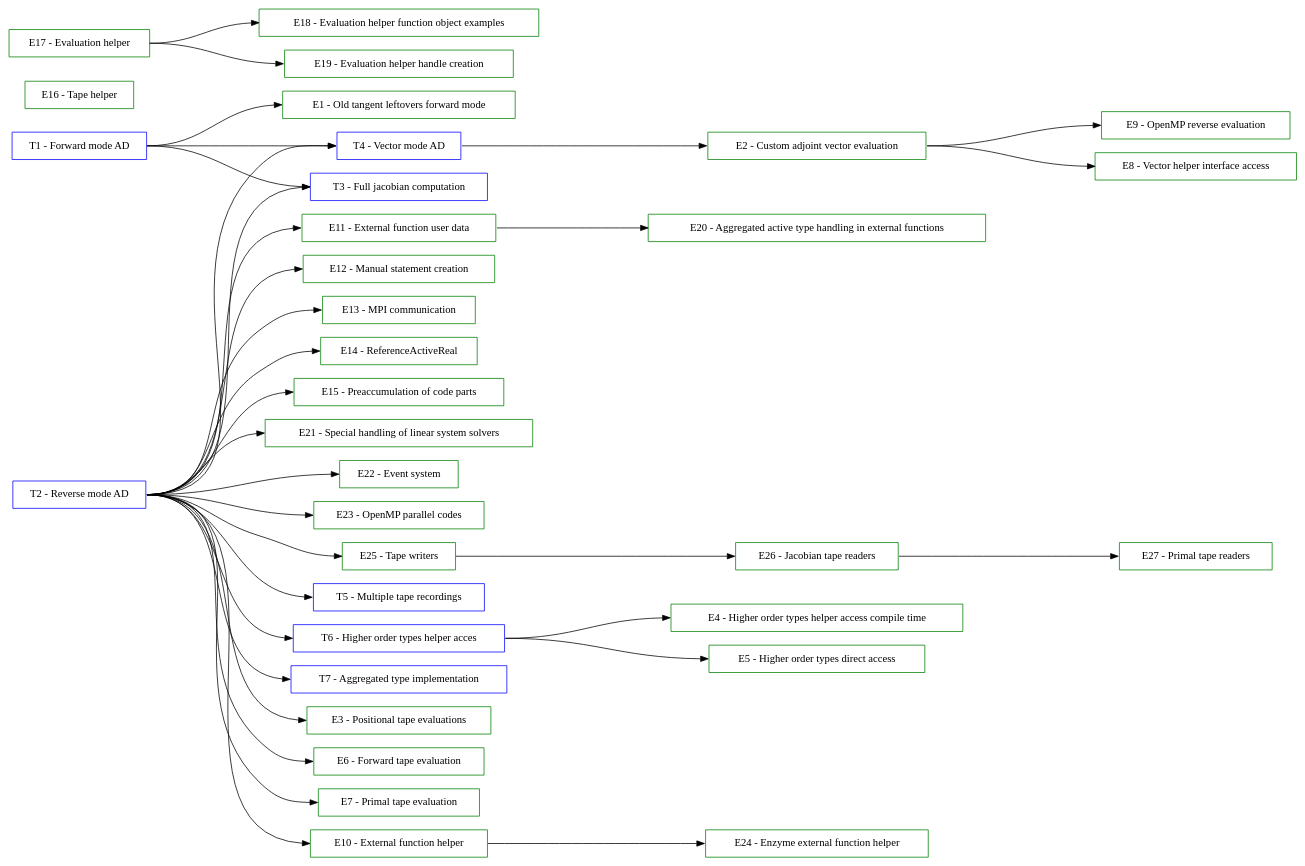
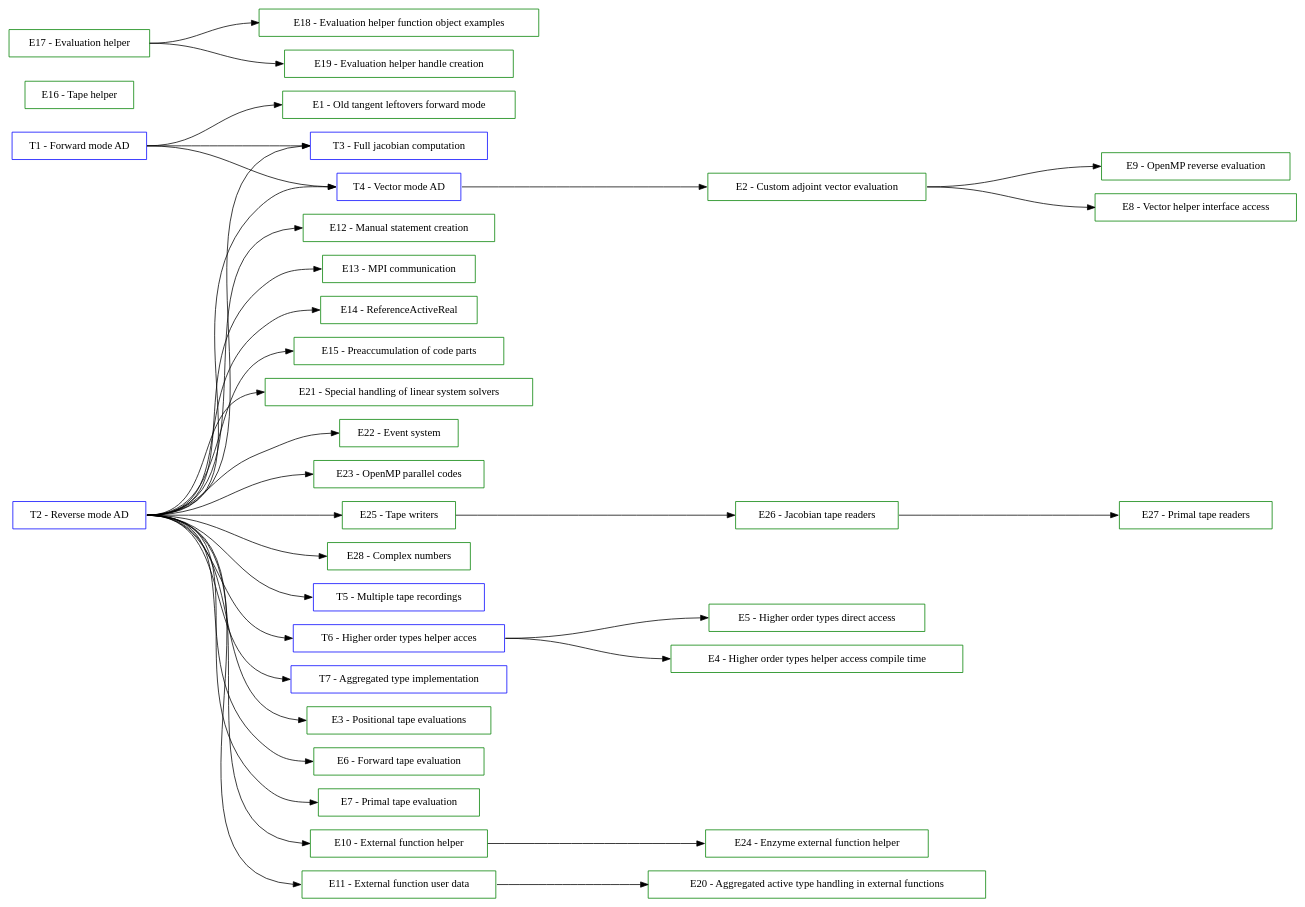
The diagram in documentation/user/TutorialsGraph.dot (SciCompKL/CoDiPack), drawn with Graphviz before and after one commit. The commit also changed 5 other files, not shown here.

```diff
--- a/documentation/user/TutorialsGraph.dot
+++ b/documentation/user/TutorialsGraph.dot
@@ -1,110 +1,113 @@
 digraph Tutorials {
   rankdir=LR;
   ranksep=2;
 
   // Tutorial nodes
   node [shape=box color=blue];
   T01 [label="T1 - Forward mode AD"];
 
   T02 [label="T2 - Reverse mode AD"];
 
   T03 [label="T3 - Full jacobian computation"];
 
   T04 [label="T4 - Vector mode AD"];
 
   T05 [label="T5 - Multiple tape recordings"];
 
   T06 [label="T6 - Higher order types helper acces"];
 
   T07 [label="T7 - Aggregated type implementation"];
 
   // Example nodes
   node [shape=box color=green];
   E01 [label="E1 - Old tangent leftovers forward mode"];
 
   E02 [label="E2 - Custom adjoint vector evaluation"];
 
   E03 [label="E3 - Positional tape evaluations"];
 
   E04 [label="E4 - Higher order types helper access compile time"];
 
   E05 [label="E5 - Higher order types direct access"];
 
   E06 [label="E6 - Forward tape evaluation"];
 
   E07 [label="E7 - Primal tape evaluation"];
 
   E08 [label="E8 - Vector helper interface access"];
 
   E09 [label="E9 - OpenMP reverse evaluation"];
 
   E10 [label="E10 - External function helper"];
 
   E11 [label="E11 - External function user data"];
 
   E12 [label="E12 - Manual statement creation"];
 
   E13 [label="E13 - MPI communication"];
 
   E14 [label="E14 - ReferenceActiveReal"];
 
   E15 [label="E15 - Preaccumulation of code parts"];
 
   E16 [label="E16 - Tape helper"];
 
   E17 [label="E17 - Evaluation helper"];
 
   E18 [label="E18 - Evaluation helper function object examples"];
 
   E19 [label="E19 - Evaluation helper handle creation"];
 
   E20 [label="E20 - Aggregated active type handling in external functions"];
 
   E21 [label="E21 - Special handling of linear system solvers"];
 
   E22 [label="E22 - Event system"];
 
   E23 [label="E23 - OpenMP parallel codes"];
 
   E24 [label="E24 - Enzyme external function helper"];
 
   E25 [label="E25 - Tape writers"];
 
   E26 [label="E26 - Jacobian tape readers"];
 
   E27 [label="E27 - Primal tape readers"];
 
+  E28 [label="E28 - Complex numbers"];
+
   // Edges (sorted)
   E02:e -> E08:w;
   E02:e -> E09:w;
   E10:e -> E24:w;
   E11:e -> E20:w;
   E17:e -> E18:w;
   E17:e -> E19:w;
   E25:e -> E26:w;
   E26:e -> E27:w;
   T01:e -> E01:w;
   T01:e -> T03:w;
   T01:e -> T04:w;
   T02:e -> E03:w;
   T02:e -> E06:w;
   T02:e -> E07:w;
   T02:e -> E10:w;
   T02:e -> E11:w;
   T02:e -> E12:w;
   T02:e -> E13:w;
   T02:e -> E14:w;
   T02:e -> E15:w;
   T02:e -> E21:w;
   T02:e -> E22:w;
   T02:e -> E23:w;
   T02:e -> E25:w;
+  T02:e -> E28:w;
   T02:e -> T03:w;
   T02:e -> T04:w;
   T02:e -> T05:w;
   T02:e -> T06:w;
   T02:e -> T07:w;
   T04:e -> E02:w;
   T06:e -> E04:w;
   T06:e -> E05:w;
 }
```
